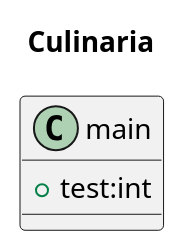
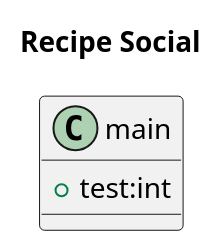
Before and after one commit to abishans23/UOttahack8-2026: the diagram in docs/Class_diagram.wsd, drawn with PlantUML.

Commit message:
Update Class diagram

```diff
--- a/docs/Class_diagram.wsd
+++ b/docs/Class_diagram.wsd
@@ -1,8 +1,8 @@
 @startuml 
- title Culinaria
+ title Recipe Social
 
  class main{
     +test:int
  }
 
 @enduml 
```
